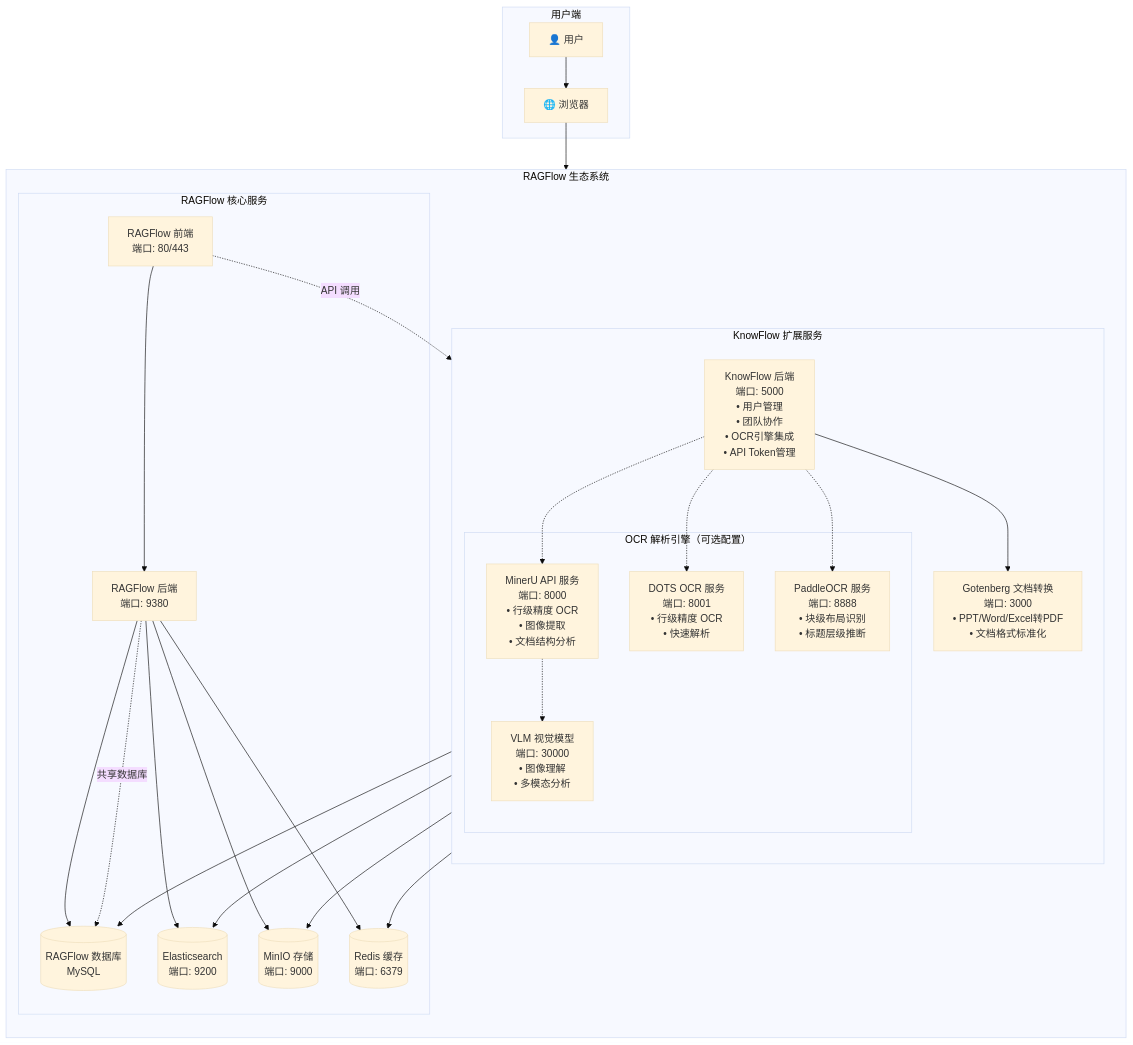
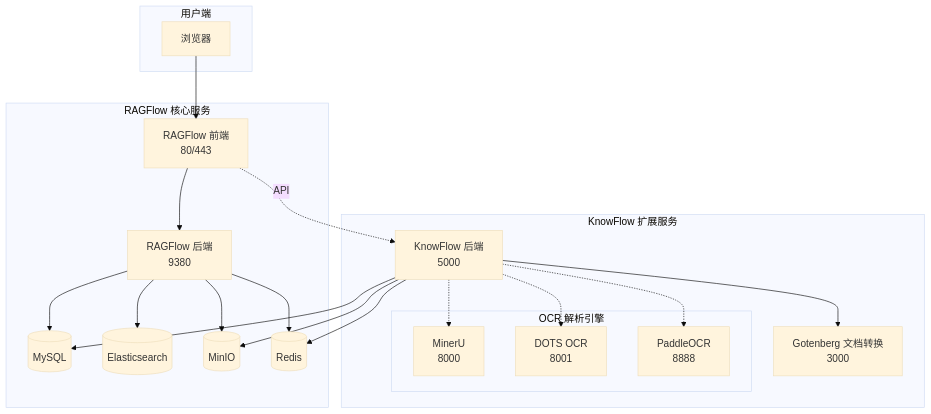
Before and after one commit to knowflow-ai/KnowFlow: the diagram in README.md, drawn with Mermaid (base theme). The commit also changed other lines of this file, not shown here.

````diff
--- a/README.md
+++ b/README.md
@@ -100,60 +120,42 @@
 ```mermaid
 graph TB
     subgraph "用户端"
-        User[👤 用户]
-        Browser[🌐 浏览器]
-        User --> Browser
+        Browser[浏览器]
     end
 
-    subgraph "RAGFlow 生态系统"
-        direction TB
-        subgraph "RAGFlow 核心服务"
-            RF_Frontend[RAGFlow 前端<br/>端口: 80/443]
-            RF_Backend[RAGFlow 后端<br/>端口: 9380]
-            RF_DB[(RAGFlow 数据库<br/>MySQL)]
-            RF_ES[(Elasticsearch<br/>端口: 9200)]
-            RF_Minio[(MinIO 存储<br/>端口: 9000)]
-            RF_Redis[(Redis 缓存<br/>端口: 6379)]
-        end
+    subgraph "RAGFlow 核心服务"
+        RF_Frontend[RAGFlow 前端<br/>80/443]
+        RF_Backend[RAGFlow 后端<br/>9380]
+        RF_DB[(MySQL)]
+        RF_ES[(Elasticsearch)]
+        RF_Minio[(MinIO)]
+        RF_Redis[(Redis)]
+    end
 
-        subgraph "KnowFlow 扩展服务"
-            direction TB
-            KF_Backend[KnowFlow 后端<br/>端口: 5000<br/>• 用户管理<br/>• 团队协作<br/>• OCR引擎集成<br/>• API Token管理]
-            KF_Gotenberg[Gotenberg 文档转换<br/>端口: 3000<br/>• PPT/Word/Excel转PDF<br/>• 文档格式标准化]
+    subgraph "KnowFlow 扩展服务"
+        KF_Backend[KnowFlow 后端<br/>5000]
+        KF_Gotenberg[Gotenberg 文档转换<br/>3000]
 
-            subgraph "OCR 解析引擎（可选配置）"
-                MinerU_API[MinerU API 服务<br/>端口: 8000<br/>• 行级精度 OCR<br/>• 图像提取<br/>• 文档结构分析]
-                MinerU_VLM[VLM 视觉模型<br/>端口: 30000<br/>• 图像理解<br/>• 多模态分析]
-                DOTS_API[DOTS OCR 服务<br/>端口: 8001<br/>• 行级精度 OCR<br/>• 快速解析]
-                PaddleOCR_API[PaddleOCR 服务<br/>端口: 8888<br/>• 块级布局识别<br/>• 标题层级推断]
-            end
+        subgraph "OCR 解析引擎"
+            MinerU[MinerU<br/>8000]
+            DOTS[DOTS OCR<br/>8001]
+            PaddleOCR[PaddleOCR<br/>8888]
         end
     end
 
-    %% 用户访问流程
     Browser --> RF_Frontend
-
-    %% RAGFlow 内部服务通信
     RF_Frontend --> RF_Backend
     RF_Backend --> RF_DB
     RF_Backend --> RF_ES
     RF_Backend --> RF_Minio
     RF_Backend --> RF_Redis
 
-    %% RAGFlow 与 KnowFlow 集成
-    RF_Frontend -.->|API 调用| KF_Backend
-    RF_Backend -.->|共享数据库| RF_DB
-
-    %% KnowFlow 内部服务通信
+    RF_Frontend -.->|API| KF_Backend
     KF_Backend --> KF_Gotenberg
-    KF_Backend -.-> MinerU_API
-    KF_Backend -.-> DOTS_API
-    KF_Backend -.-> PaddleOCR_API
-    MinerU_API -.-> MinerU_VLM
-
-    %% KnowFlow 与 RAGFlow 数据层集成
+    KF_Backend -.-> MinerU
+    KF_Backend -.-> DOTS
+    KF_Backend -.-> PaddleOCR
     KF_Backend --> RF_DB
-    KF_Backend --> RF_ES
     KF_Backend --> RF_Minio
     KF_Backend --> RF_Redis
 ```
````
